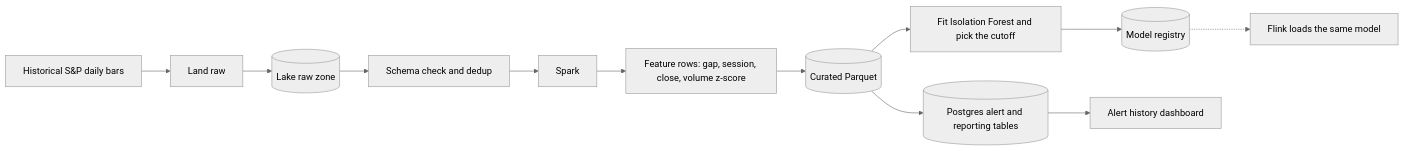
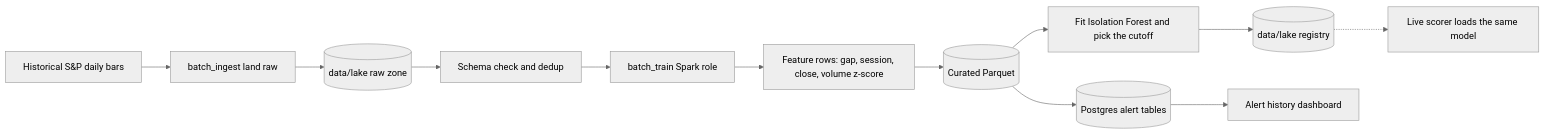
One commit to sameerde4/ticker-alert-system changed the eighth of 10 diagrams in docs/architecture.md. Above: the diagram before and after it, drawn with Mermaid (neutral theme). The commit also changed other lines of this file and 3 other files, not shown here.

````diff
--- a/docs/architecture.md
+++ b/docs/architecture.md
@@ -247,14 +304,14 @@
 ```mermaid
 flowchart LR
-    HP[Historical S&P daily bars] --> ELP[Land raw]
-    ELP --> RAW[(Lake raw zone)]
+    HP[Historical S&P daily bars] --> ELP[batch_ingest land raw]
+    ELP --> RAW[(data/lake raw zone)]
     RAW --> VAL[Schema check and dedup]
-    VAL --> SPARK[Spark]
-    SPARK --> FEAT[Feature rows: gap, session, close, volume z-score]
+    VAL --> SPARK_ROLE[batch_train Spark role]
+    SPARK_ROLE --> FEAT[Feature rows: gap, session, close, volume z-score]
     FEAT --> CUR[(Curated Parquet)]
     CUR --> TRAIN[Fit Isolation Forest and pick the cutoff]
-    TRAIN --> REG[(Model registry)]
-    REG -.-> FLINK[Flink loads the same model]
-    CUR --> PG[(Postgres alert and reporting tables)]
+    TRAIN --> REG[(data/lake registry)]
+    REG -.-> LIVE[Live scorer loads the same model]
+    CUR --> PG[(Postgres alert tables)]
     PG --> UI[Alert history dashboard]
 ```
````
